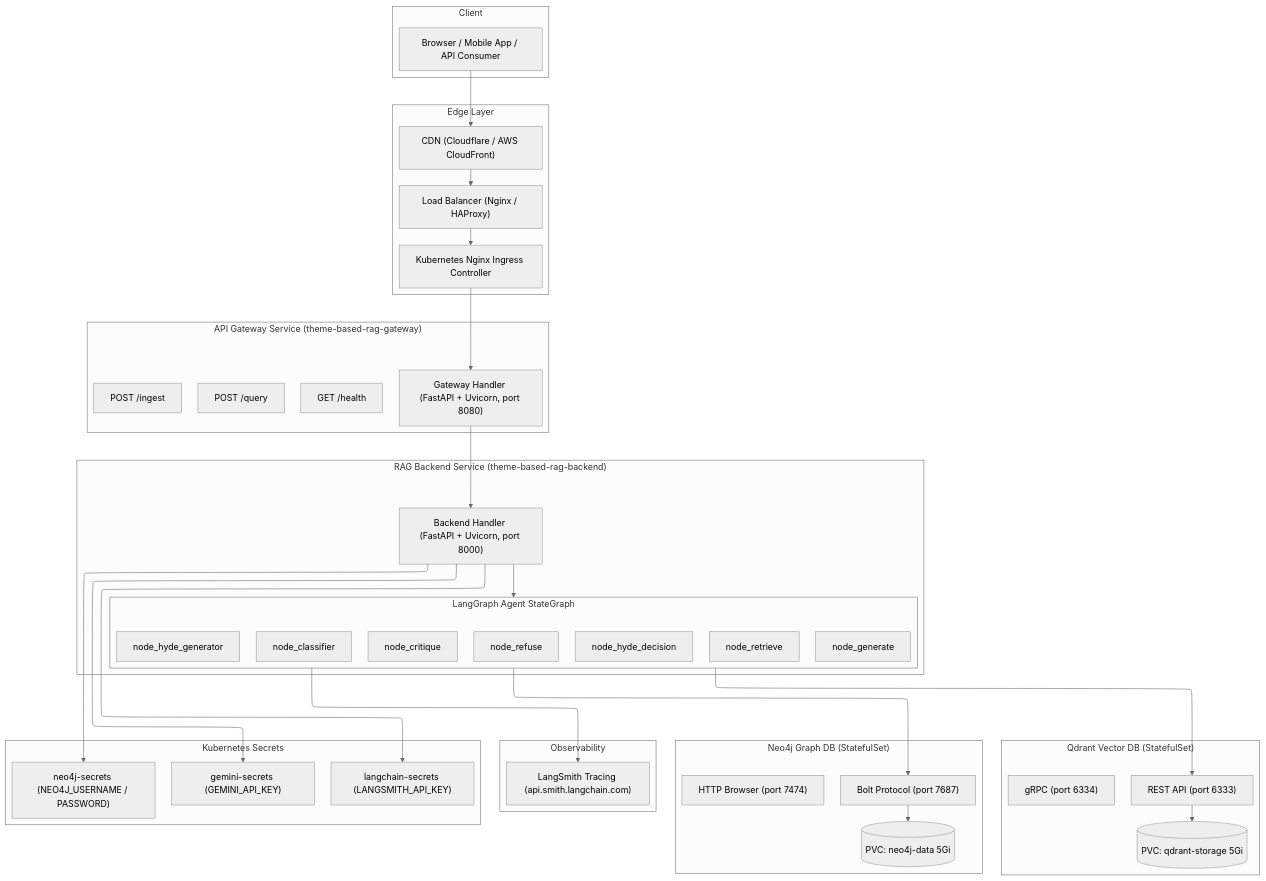
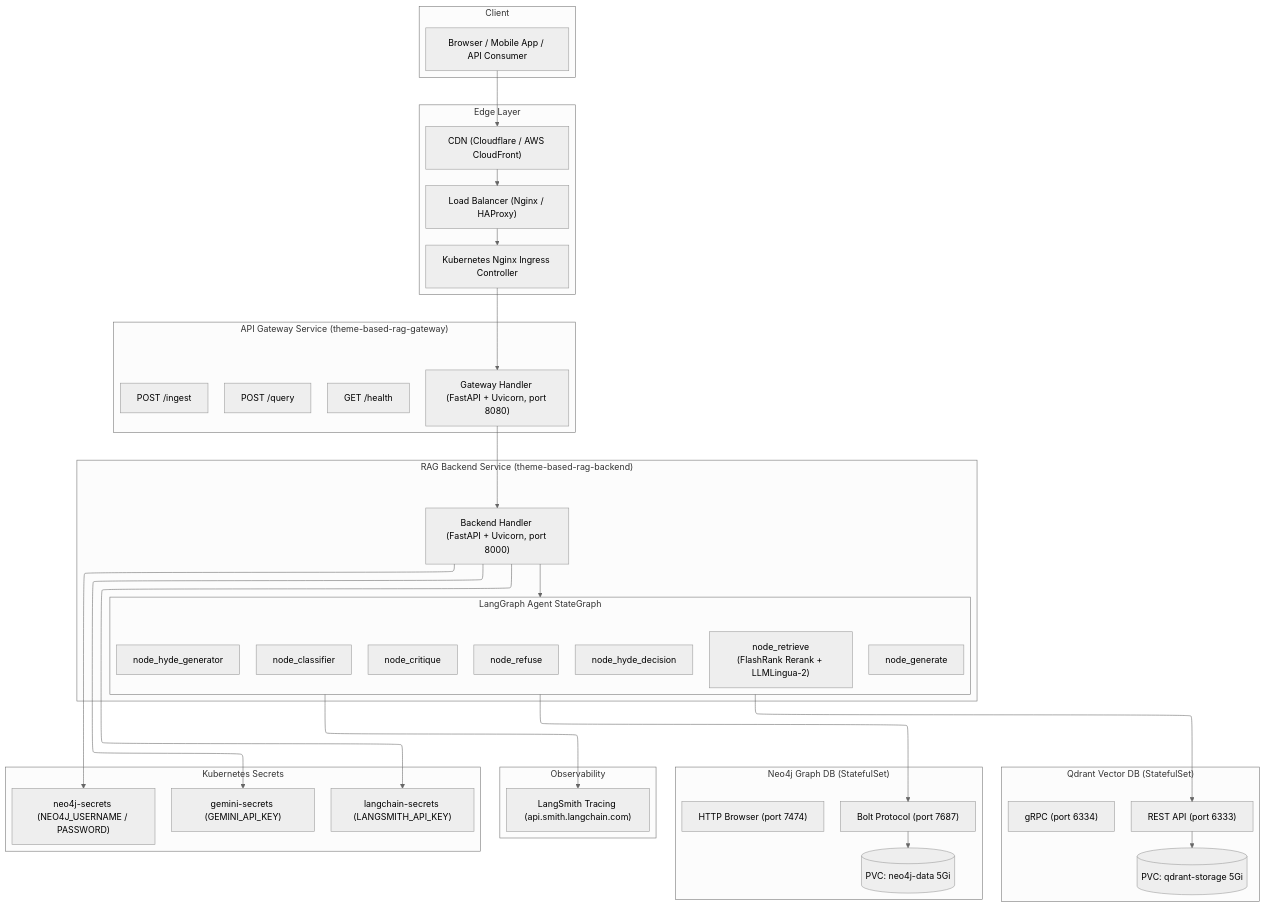
The third of 4 diagrams in README.md (boycececil666gmailcom/Enterprise-RAG-Engine), drawn with Mermaid before and after one commit. The commit also changed other lines of this file, not shown here.

Commit message:
docs: add LLMLingua-2 context compression to architecture documentation and workflow diagrams

````diff
--- a/README.md
+++ b/README.md
@@ -103,78 +107,78 @@
 ```mermaid
 ---
 config:
   layout: elk
   theme: neutral
 ---
 flowchart TB
 
     subgraph Client["Client"]
         User["Browser / Mobile App / API Consumer"]
     end
 
     subgraph Edge["Edge Layer"]
         CDN["CDN (Cloudflare / AWS CloudFront)"]
         LB["Load Balancer (Nginx / HAProxy)"]
         Ingress["Kubernetes Nginx Ingress Controller"]
     end
 
     subgraph GatewaySvc["API Gateway Service (theme-based-rag-gateway)"]
         GW["Gateway Handler (FastAPI + Uvicorn, port 8080)"]
         GWQuery["POST /query"]
         GWIngest["POST /ingest"]
         GWHealth["GET /health"]
     end
 
     subgraph BackendSvc["RAG Backend Service (theme-based-rag-backend)"]
         BE["Backend Handler (FastAPI + Uvicorn, port 8000)"]
         subgraph AgentGraph["LangGraph Agent StateGraph"]
             Classifier["node_classifier"]
             HyDEDecision["node_hyde_decision"]
             HyDEGen["node_hyde_generator"]
-            Retrieve["node_retrieve"]
+            Retrieve["node_retrieve<br/>(FlashRank Rerank + LLMLingua-2)"]
             Generate["node_generate"]
             Critique["node_critique"]
             Refuse["node_refuse"]
         end
     end
 
     subgraph VectorStore["Qdrant Vector DB (StatefulSet)"]
         QdrantAPI["REST API (port 6333)"]
         QdrantGRPC["gRPC (port 6334)"]
         QdrantPVC[("PVC: qdrant-storage 5Gi")]
     end
 
     subgraph GraphStore["Neo4j Graph DB (StatefulSet)"]
         Neo4jBolt["Bolt Protocol (port 7687)"]
         Neo4jHTTP["HTTP Browser (port 7474)"]
         Neo4jPVC[("PVC: neo4j-data 5Gi")]
     end
 
     subgraph Observability["Observability"]
         LangSmith["LangSmith Tracing (api.smith.langchain.com)"]
     end
 
     subgraph SecretsLayer["Kubernetes Secrets"]
         GeminiSec["gemini-secrets (GEMINI_API_KEY)"]
         LangchainSec["langchain-secrets (LANGSMITH_API_KEY)"]
         Neo4jSec["neo4j-secrets (NEO4J_USERNAME / PASSWORD)"]
     end
 
     User --> CDN
     CDN --> LB
     LB --> Ingress
     Ingress --> GW
 
     GW --> BE
     BE --> AgentGraph
     AgentGraph --> QdrantAPI
     AgentGraph --> Neo4jBolt
     AgentGraph --> LangSmith
 
     QdrantAPI --> QdrantPVC
     Neo4jBolt --> Neo4jPVC
 
     BE --> GeminiSec
     BE --> LangchainSec
     BE --> Neo4jSec
 ```
````
